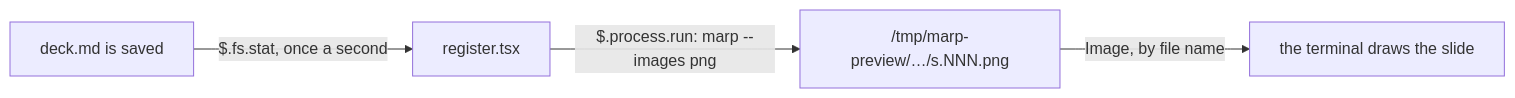
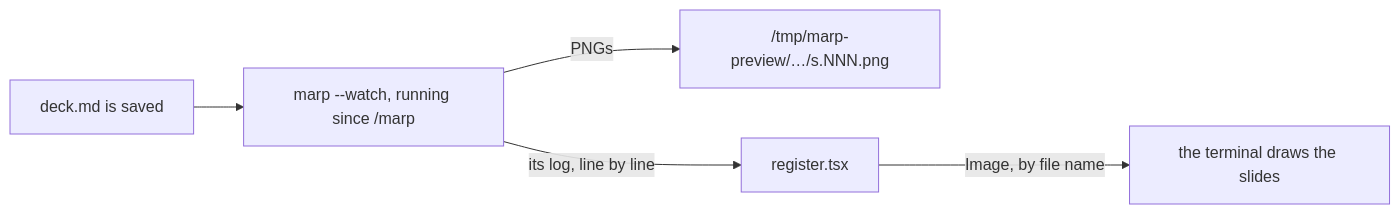
One commit to nogu66/marp-preview changed the diagram in README.md. Above: the diagram before and after it, drawn with Mermaid. The commit also changed other lines of this file and 6 other files, not shown here.

First line of the commit message:
feat: keep marp running in watch mode, look after it and stop it with the pane

````diff
--- a/README.md
+++ b/README.md
@@ -68,6 +68,7 @@
 ```mermaid
 flowchart LR
-  F[deck.md is saved] -->|"$.fs.stat, once a second"| H[register.tsx]
-  H -->|"$.process.run: marp --images png"| P["/tmp/marp-preview/…/s.NNN.png"]
-  P -->|"Image, by file name"| T[the terminal draws the slide]
+  F[deck.md is saved] --> M["marp --watch, running since /marp"]
+  M -->|"PNGs"| P["/tmp/marp-preview/…/s.NNN.png"]
+  M -->|"its log, line by line"| H[register.tsx]
+  H -->|"Image, by file name"| T[the terminal draws the slides]
 ```
````
